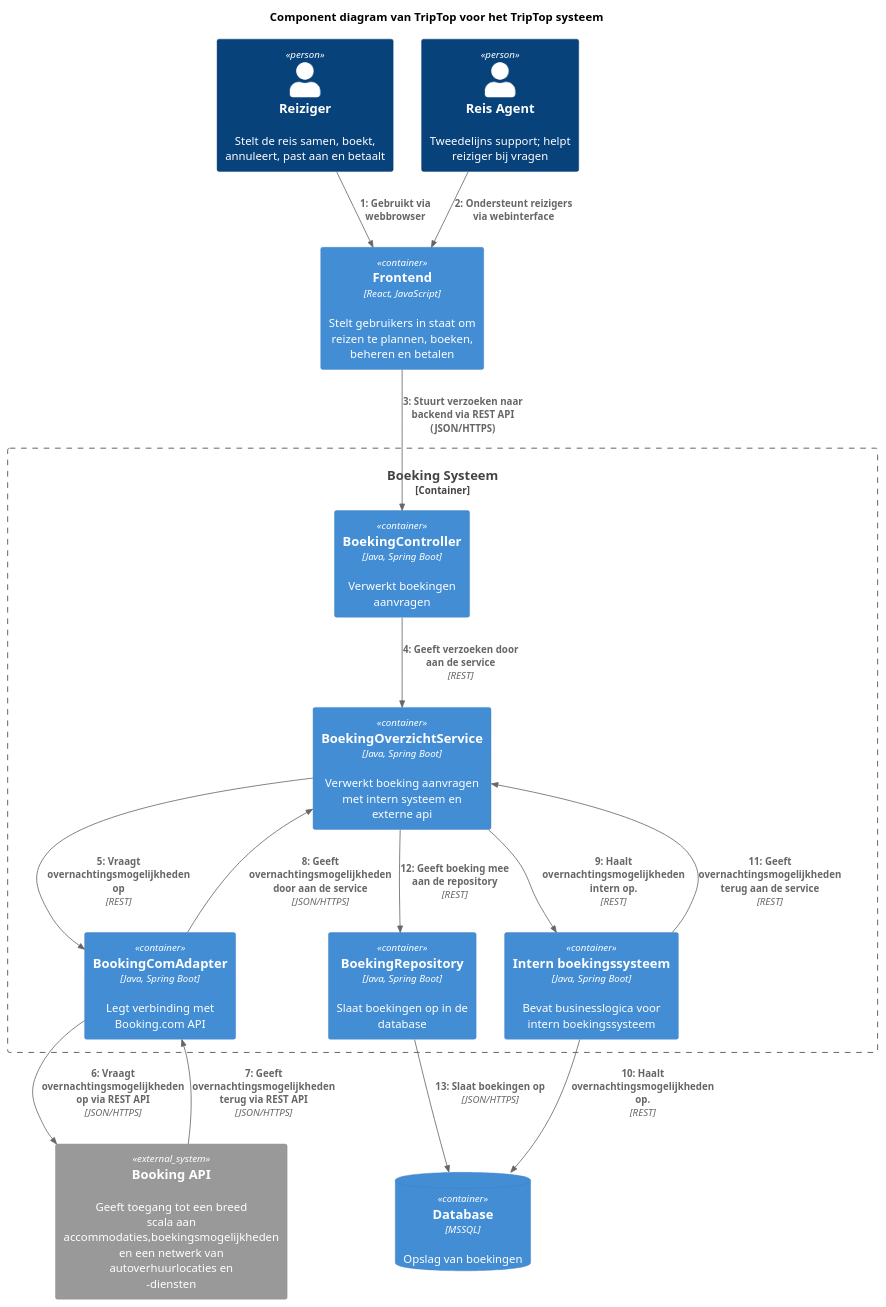
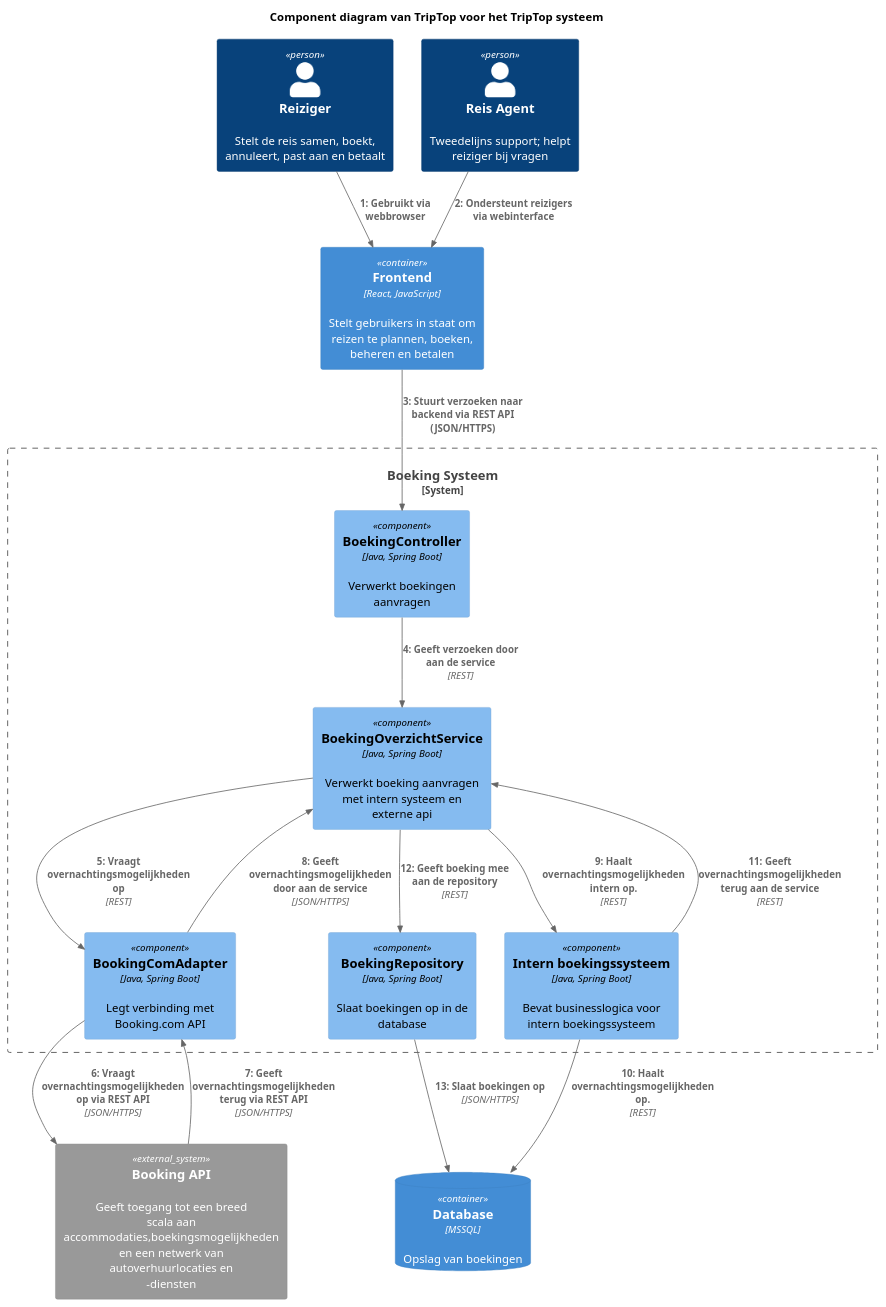
One commit to AIM-ENE-feb25/triptop-asas changed the diagram in software-guidebook/component-code/sybren/dynamic-component-2.puml. Above: the diagram before and after it, drawn with PlantUML. The commit also changed 2 other files, not shown here.

Commit message:
Added general component diagram

```diff
--- a/software-guidebook/component-code/sybren/dynamic-component-2.puml
+++ b/software-guidebook/component-code/sybren/dynamic-component-2.puml
@@ -1,40 +1,40 @@
 @startuml
 !include https://raw.githubusercontent.com/plantuml-stdlib/C4-PlantUML/master/C4_Dynamic.puml
 
 title Component diagram van TripTop voor het TripTop systeem
 
 Person(reiziger, "Reiziger", "Stelt de reis samen, boekt, annuleert, past aan en betaalt")
 Person(ondersteuner, "Reis Agent", "Tweedelijns support; helpt reiziger bij vragen")
 
-Container_Boundary(triptop, "Boeking Systeem") {
-    Container(controller, "BoekingController", "Java, Spring Boot", "Verwerkt boekingen aanvragen")
-    Container(boeking_overzicht_service, BoekingOverzichtService, "Java, Spring Boot", "Verwerkt boeking aanvragen met intern systeem en externe api")
-    Container(boeking_repository, "BoekingRepository", "Java, Spring Boot", "Slaat boekingen op in de database")
-    Container(booking_com_adapter, "BookingComAdapter", "Java, Spring Boot", "Legt verbinding met Booking.com API")
-    Container(intern_boeking_systeem, "Intern boekingssysteem", "Java, Spring Boot", "Bevat businesslogica voor intern boekingssysteem")
+System_Boundary(triptop, "Boeking Systeem") {
+    Component(controller, "BoekingController", "Java, Spring Boot", "Verwerkt boekingen aanvragen")
+    Component(boeking_overzicht_service, BoekingOverzichtService, "Java, Spring Boot", "Verwerkt boeking aanvragen met intern systeem en externe api")
+    Component(boeking_repository, "BoekingRepository", "Java, Spring Boot", "Slaat boekingen op in de database")
+    Component(booking_com_adapter, "BookingComAdapter", "Java, Spring Boot", "Legt verbinding met Booking.com API")
+    Component(intern_boeking_systeem, "Intern boekingssysteem", "Java, Spring Boot", "Bevat businesslogica voor intern boekingssysteem")
 }
 
  Container(frontend, "Frontend", "React, JavaScript", "Stelt gebruikers in staat om reizen te plannen, boeken, beheren en betalen")
  ContainerDb(database, "Database", "MSSQL", "Opslag van boekingen")
 
 System_Ext(booking, "Booking API ", "Geeft toegang tot een breed scala aan accommodaties,boekingsmogelijkheden en een netwerk van autoverhuurlocaties en -diensten")
 
 
 ' Relaties gebruiker naar containers
 Rel(reiziger, frontend, "Gebruikt via webbrowser")
 Rel(ondersteuner, frontend, "Ondersteunt reizigers via webinterface")
 
 ' Relaties tussen containers binnen TripTop
 Rel(frontend, controller, "Stuurt verzoeken naar backend via REST API (JSON/HTTPS)")
 Rel(controller, boeking_overzicht_service, "Geeft verzoeken door aan de service", "REST")
 Rel(boeking_overzicht_service, booking_com_adapter, "Vraagt overnachtingsmogelijkheden op", "REST")
 ' Relaties backend naar externe systemen
 Rel_U(booking_com_adapter, booking, "Vraagt overnachtingsmogelijkheden op via REST API", "JSON/HTTPS")
 Rel_U(booking, booking_com_adapter, "Geeft overnachtingsmogelijkheden terug via REST API", "JSON/HTTPS")
 Rel_U(booking_com_adapter, boeking_overzicht_service, "Geeft overnachtingsmogelijkheden door aan de service", "JSON/HTTPS")
 Rel(boeking_overzicht_service, intern_boeking_systeem, "Haalt overnachtingsmogelijkheden intern op.", "REST")
 Rel(intern_boeking_systeem, database, "Haalt overnachtingsmogelijkheden op.", "REST")
 Rel_U(intern_boeking_systeem, boeking_overzicht_service, "Geeft overnachtingsmogelijkheden terug aan de service", "REST")
 Rel(boeking_overzicht_service, boeking_repository, "Geeft boeking mee aan de repository", "REST")
 Rel(boeking_repository, database, "Slaat boekingen op", "JSON/HTTPS")
 @enduml
```
